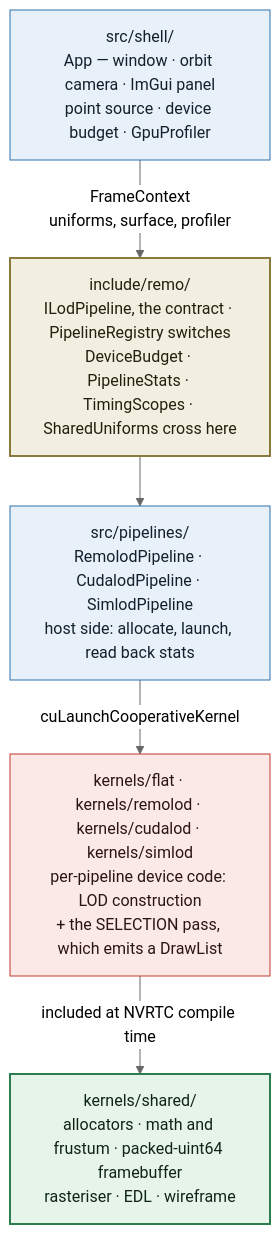
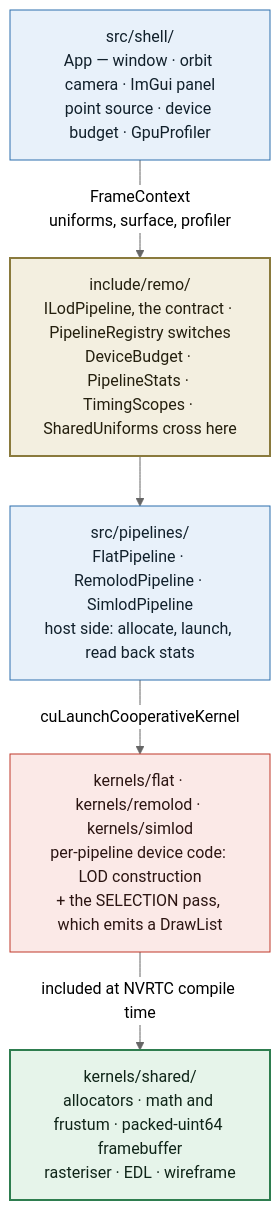
The first of 2 diagrams in wiki/01_Overview.md (michaelsalton/RemoBench), drawn with Mermaid (neutral theme) before and after one commit. The commit also changed other lines of this file and 46 other files, not shown here.

````diff
--- a/wiki/01_Overview.md
+++ b/wiki/01_Overview.md
@@ -25,23 +25,23 @@
 ```mermaid
 flowchart TB
     shell["src/shell/<br/>App — window · orbit camera · ImGui panel<br/>point source · device budget · GpuProfiler"]
     contract["include/remo/<br/>ILodPipeline, the contract · PipelineRegistry switches<br/>DeviceBudget · PipelineStats · TimingScopes · SharedUniforms cross here"]
-    pipes["src/pipelines/<br/>RemolodPipeline · CudalodPipeline · SimlodPipeline<br/>host side: allocate, launch, read back stats"]
-    device["kernels/flat · kernels/remolod · kernels/cudalod · kernels/simlod<br/>per-pipeline device code: LOD construction<br/>+ the SELECTION pass, which emits a DrawList"]
+    pipes["src/pipelines/<br/>FlatPipeline · RemolodPipeline · SimlodPipeline<br/>host side: allocate, launch, read back stats"]
+    device["kernels/flat · kernels/remolod · kernels/simlod<br/>per-pipeline device code: LOD construction<br/>+ the SELECTION pass, which emits a DrawList"]
     shared["kernels/shared/<br/>allocators · math and frustum · packed-uint64 framebuffer<br/>rasteriser · EDL · wireframe"]
 
     shell -- "FrameContext<br/>uniforms, surface, profiler" --> contract
     contract --> pipes
     pipes -- "cuLaunchCooperativeKernel" --> device
     device -- "included at NVRTC compile time" --> shared
 
     classDef host fill:#e8f1fa,stroke:#2c6fad,stroke-width:1px,color:#11202b
     classDef seam fill:#f3efe0,stroke:#8a7a3d,stroke-width:2px,color:#241f0e
     classDef dev fill:#fbe9e7,stroke:#c0392b,stroke-width:1px,color:#2b1512
     classDef common fill:#e6f4ea,stroke:#2e7d4f,stroke-width:2px,color:#0f2418
 
     class shell,pipes host
     class contract seam
     class device dev
     class shared common
 ```
````
